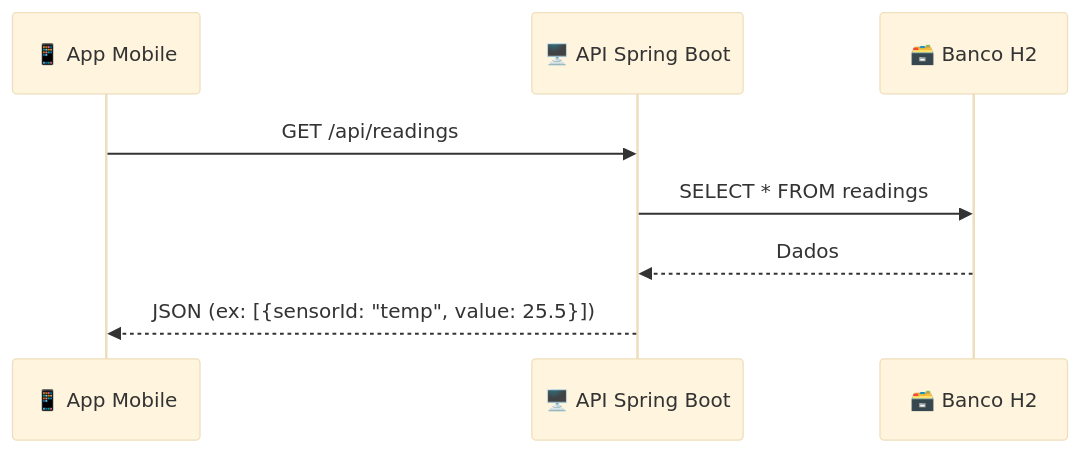
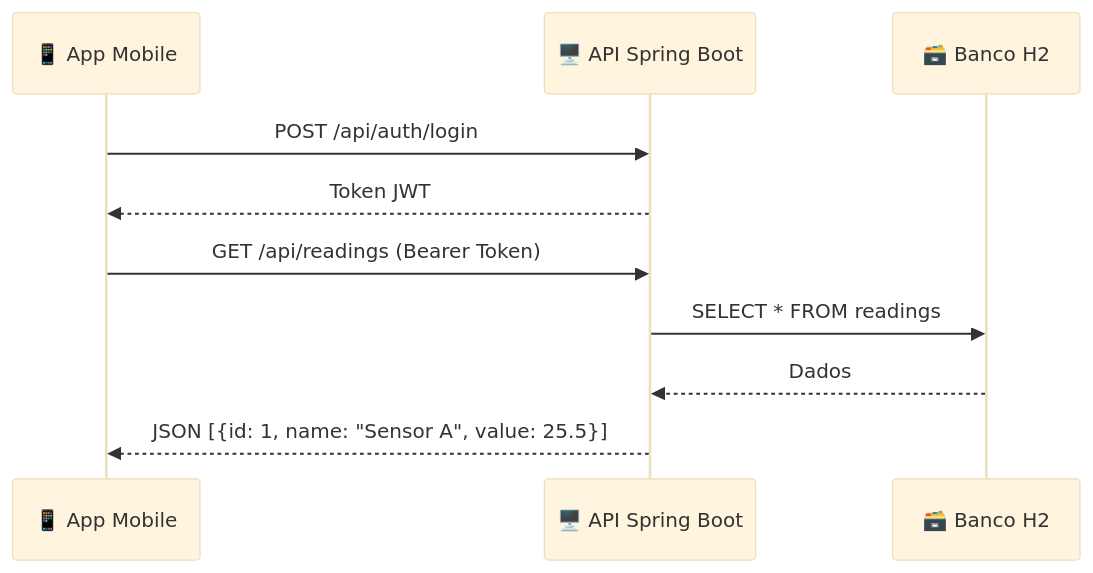
Before and after one commit to JoaoGabrielVianna/aether-works: the diagram in README.md, drawn with Mermaid (base theme). The commit also changed other lines of this file, not shown here.

````diff
--- a/README.md
+++ b/README.md
@@ -24,11 +50,14 @@
 ```mermaid
 sequenceDiagram
     participant App as 📱 App Mobile
     participant API as 🖥️ API Spring Boot
     participant DB as 🗃️ Banco H2
 
-    App->>API: GET /api/readings
+    App->>API: POST /api/auth/login
+    API-->>App: Token JWT
+
+    App->>API: GET /api/readings (Bearer Token)
     API->>DB: SELECT * FROM readings
     DB-->>API: Dados
-    API-->>App: JSON (ex: [{sensorId: "temp", value: 25.5}])
+    API-->>App: JSON [{id: 1, name: "Sensor A", value: 25.5}]
 ```
````
